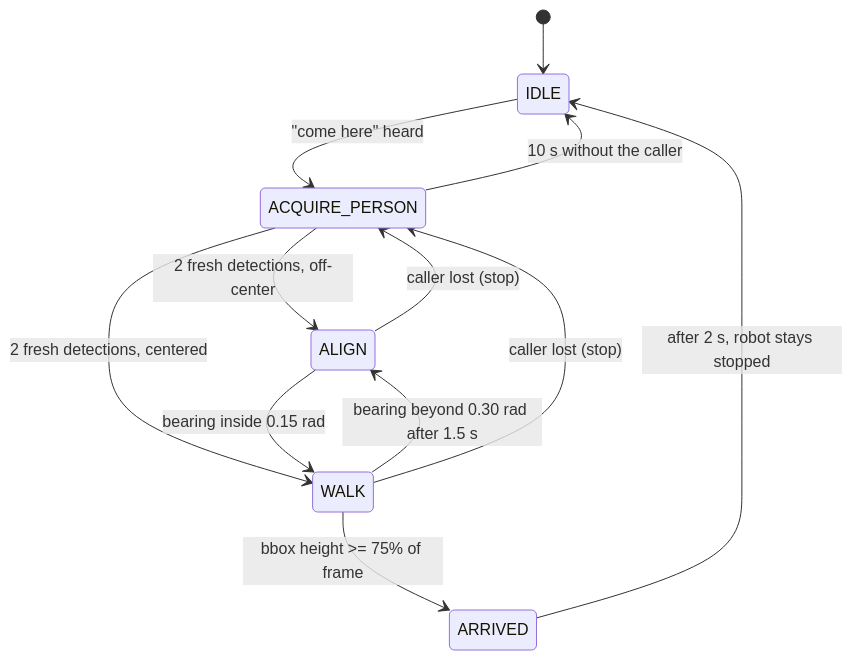
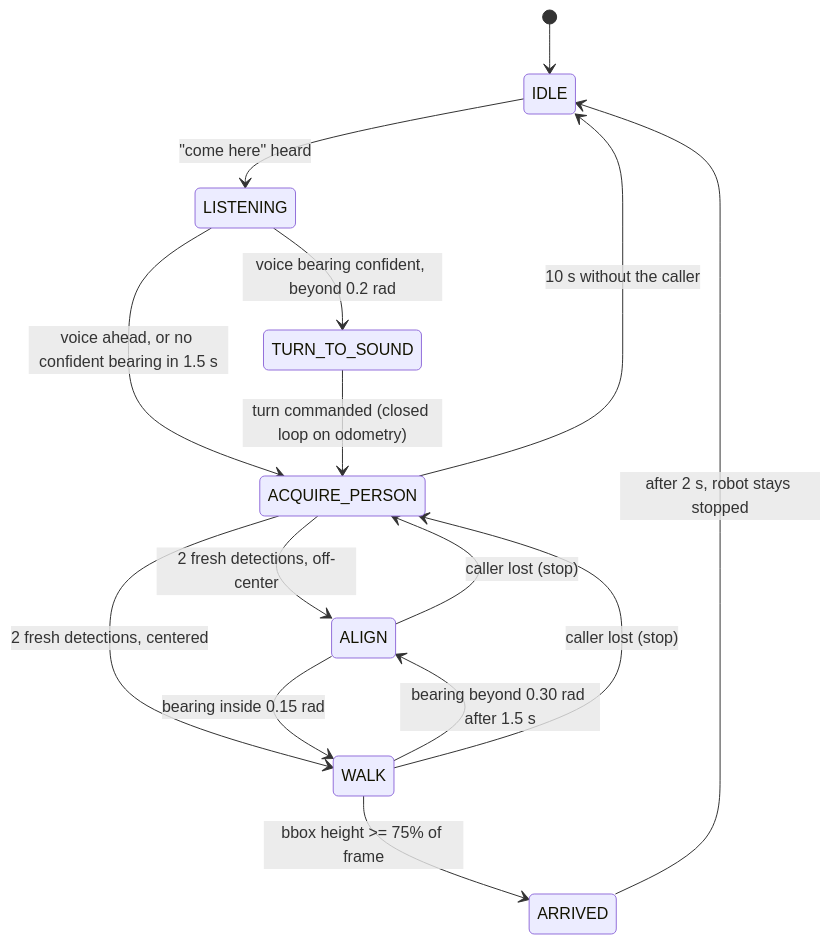
Before and after one commit to yusufdxb/come-here: the diagram in docs/professor_demo.md, drawn with Mermaid. The commit also changed other lines of this file and 20 other files, not shown here.

````diff
--- a/docs/professor_demo.md
+++ b/docs/professor_demo.md
@@ -15,14 +15,17 @@
 ```mermaid
 stateDiagram-v2
     [*] --> IDLE
-    IDLE --> ACQUIRE_PERSON: "come here" heard
+    IDLE --> LISTENING: "come here" heard
+    LISTENING --> TURN_TO_SOUND: voice bearing confident, beyond 0.2 rad
+    LISTENING --> ACQUIRE_PERSON: voice ahead, or no confident bearing in 1.5 s
+    TURN_TO_SOUND --> ACQUIRE_PERSON: turn commanded (closed loop on odometry)
     ACQUIRE_PERSON --> ALIGN: 2 fresh detections, off-center
     ACQUIRE_PERSON --> WALK: 2 fresh detections, centered
     ALIGN --> WALK: bearing inside 0.15 rad
     WALK --> ALIGN: bearing beyond 0.30 rad after 1.5 s
     ALIGN --> ACQUIRE_PERSON: caller lost (stop)
     WALK --> ACQUIRE_PERSON: caller lost (stop)
     ACQUIRE_PERSON --> IDLE: 10 s without the caller
     WALK --> ARRIVED: bbox height >= 75% of frame
     ARRIVED --> IDLE: after 2 s, robot stays stopped
 ```
````
